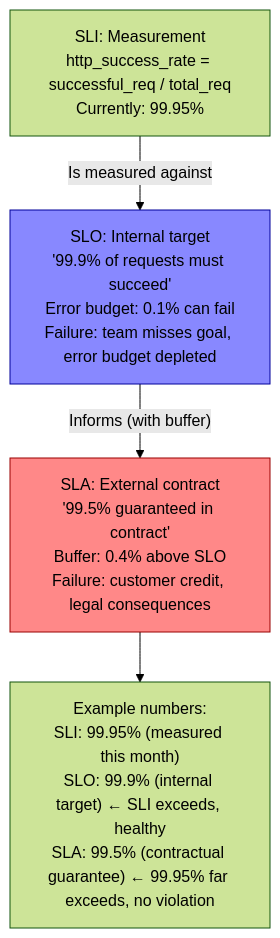
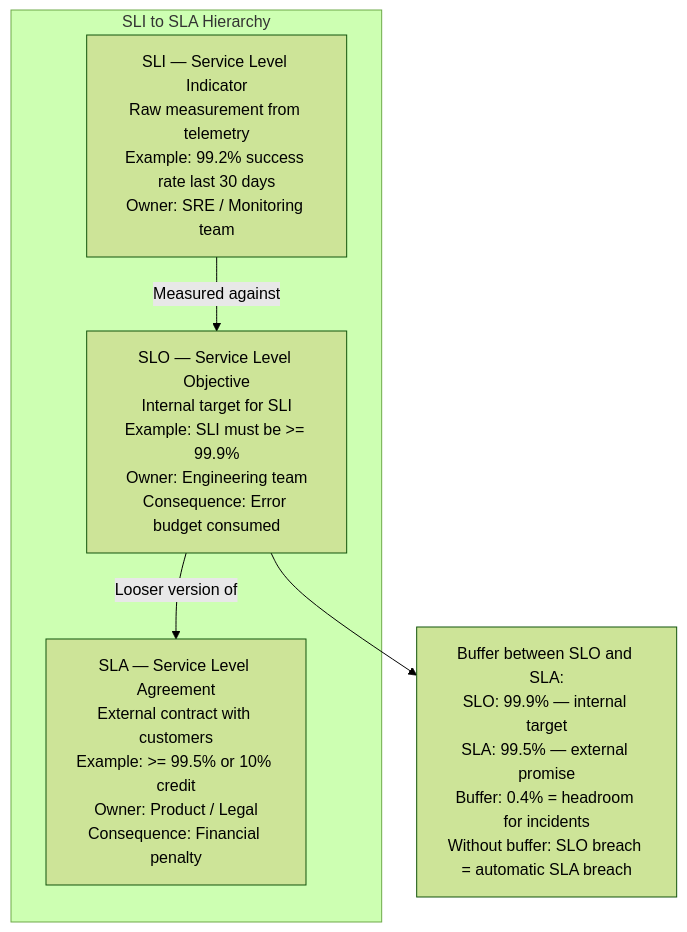
Before and after one commit to gauravprwl14/system-design-course: the first of 13 diagrams in docs-site/content/12-interview-prep/question-bank/observability-sre/slo-sla-error-budgets.md, drawn with Mermaid (forest theme). The commit also changed other lines of this file and 3 other files, not shown here.

Commit message:
feat(question-bank): mobile-architecture COMPLETE (offline-first-sync + mobile-app-architecture)

````diff
--- a/docs-site/content/12-interview-prep/question-bank/observability-sre/slo-sla-error-budgets.md
+++ b/docs-site/content/12-interview-prep/question-bank/observability-sre/slo-sla-error-budgets.md
@@ -30,18 +30,14 @@
 ```mermaid
 graph TD
-  SLI["SLI: Measurement\nhttp_success_rate = successful_req / total_req\nCurrently: 99.95%"]
+  subgraph Hierarchy["SLI to SLA Hierarchy"]
+    SLI["SLI — Service Level Indicator\nRaw measurement from telemetry\nExample: 99.2% success rate last 30 days\nOwner: SRE / Monitoring team"]
+    SLO["SLO — Service Level Objective\nInternal target for SLI\nExample: SLI must be >= 99.9%\nOwner: Engineering team\nConsequence: Error budget consumed"]
+    SLA["SLA — Service Level Agreement\nExternal contract with customers\nExample: >= 99.5% or 10% credit\nOwner: Product / Legal\nConsequence: Financial penalty"]
+  end
 
-  SLO["SLO: Internal target\n'99.9% of requests must succeed'\nError budget: 0.1% can fail\nFailure: team misses goal, error budget depleted"]
+  SLI -->|"Measured against"| SLO
+  SLO -->|"Looser version of"| SLA
 
-  SLA["SLA: External contract\n'99.5% guaranteed in contract'\nBuffer: 0.4% above SLO\nFailure: customer credit, legal consequences"]
-
-  SLI -->|"Is measured against"| SLO
-  SLO -->|"Informs (with buffer)"| SLA
-
-  Example["Example numbers:\nSLI: 99.95% (measured this month)\nSLO: 99.9% (internal target) ← SLI exceeds, healthy\nSLA: 99.5% (contractual guarantee) ← 99.95% far exceeds, no violation"]
-
-  SLA --> Example
-
-  style SLO fill:#88f,stroke:#009
-  style SLA fill:#f88,stroke:#900
+  Buffer["Buffer between SLO and SLA:\nSLO: 99.9% — internal target\nSLA: 99.5% — external promise\nBuffer: 0.4% = headroom for incidents\nWithout buffer: SLO breach = automatic SLA breach"]
+  SLO --> Buffer
 ```
````
